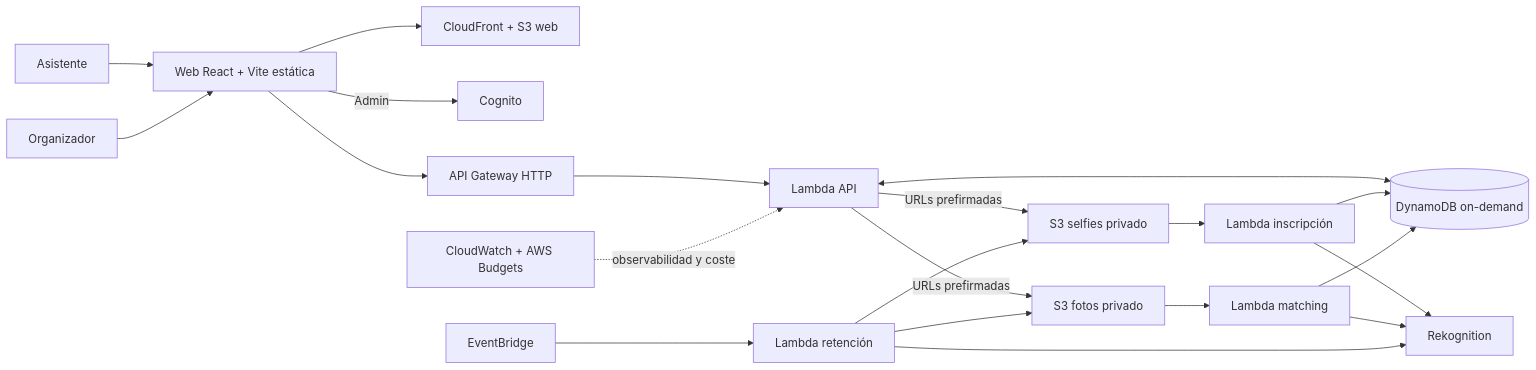
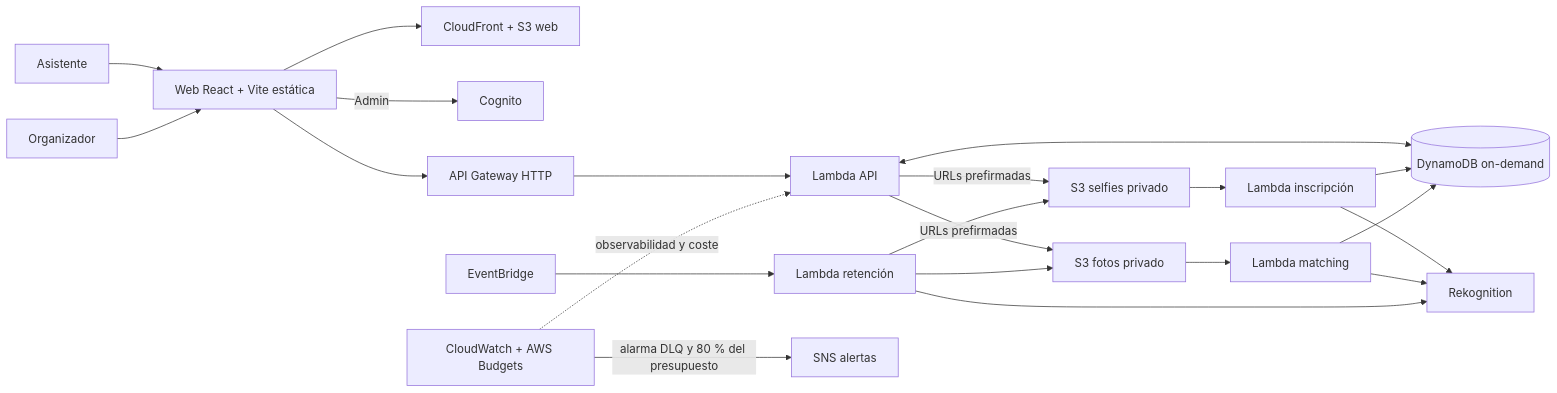
One commit to upc-malvaviscos/findly changed the diagram in README.md. Above: the diagram before and after it, drawn with Mermaid. The commit also changed other lines of this file and 5 other files, not shown here.

````diff
--- a/README.md
+++ b/README.md
@@ -18,23 +18,24 @@
 ```mermaid
 flowchart LR
   A[Asistente] --> W[Web React + Vite estática]
   O[Organizador] --> W
   W --> CF[CloudFront + S3 web]
   W -->|Admin| C[Cognito]
   W --> G[API Gateway HTTP]
   G --> API[Lambda API]
   API <--> D[(DynamoDB on-demand)]
   API -->|URLs prefirmadas| S1[S3 selfies privado]
   API -->|URLs prefirmadas| S2[S3 fotos privado]
   S1 --> E[Lambda inscripción]
   E --> R[Rekognition]
   S2 --> M[Lambda matching]
   M --> R
   E --> D
   M --> D
   EB[EventBridge] --> X[Lambda retención]
   X --> S1
   X --> S2
   X --> R
   CW[CloudWatch + AWS Budgets] -. observabilidad y coste .-> API
+  CW -->|alarma DLQ y 80 % del presupuesto| SNS[SNS alertas]
 ```
````
